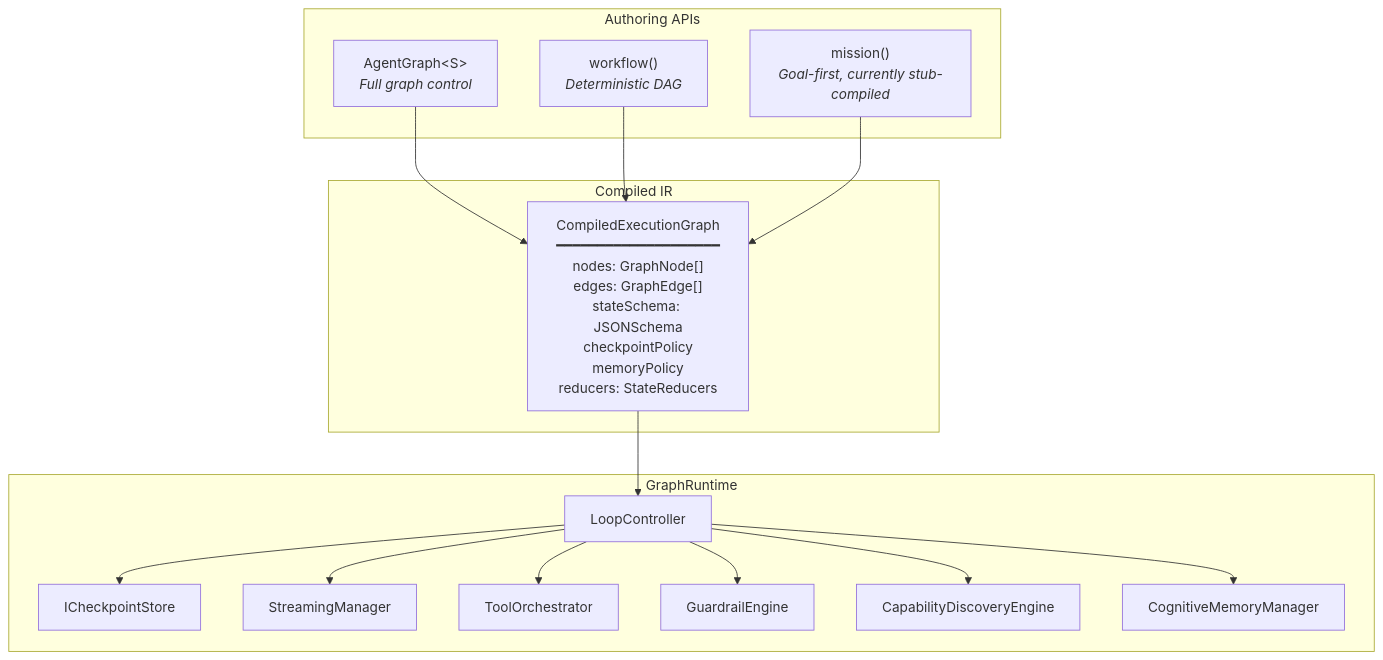
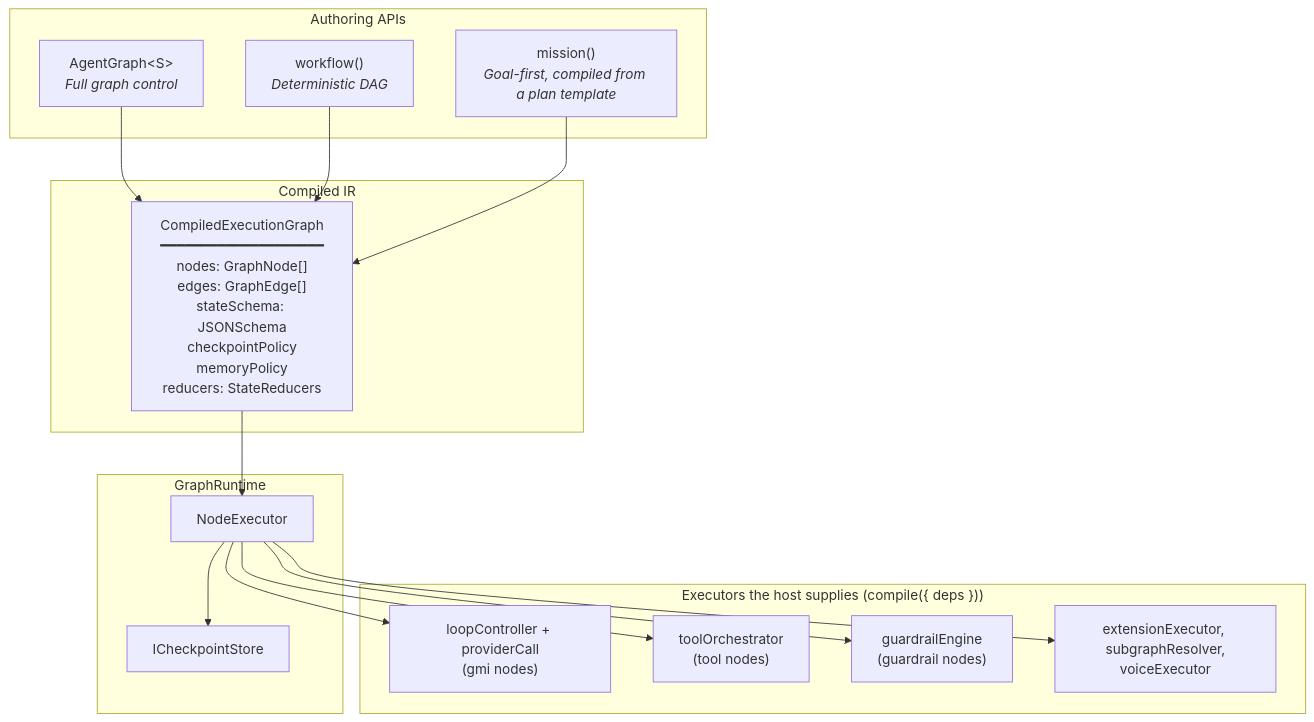
One commit to framerslab/agentos changed the diagram in docs/orchestration/UNIFIED_ORCHESTRATION.md. Above: the diagram before and after it, drawn with Mermaid. The commit also changed other lines of this file and 2 other files, not shown here.

Commit message:
docs: correct character consistency, provenance immutability and unified orchestration against the code
CHARACTER_CONSISTENCY.md: animated emotes use no reference image, the
additional_angles stage never runs, faceEmbedding is read by no provider
(the avatar pipeline computes its own anchor), and the Flux 2, Kontext and
Pulid mappings are listed. PROVENANCE_IMMUTABILITY.md loses the sections
about another repository's backend and lists all four profiles.
UNIFIED_ORCHESTRATION.md: GraphRuntime runs nodes through executors the
host supplies, a graph compiled without them runs gmi nodes as placeholders,
the AgentGraph example uses the input/scratch/artifacts schema the
constructor takes, and mission() is described by its plan templates.

````diff
--- a/docs/orchestration/UNIFIED_ORCHESTRATION.md
+++ b/docs/orchestration/UNIFIED_ORCHESTRATION.md
@@ -9,33 +9,34 @@
 ```mermaid
 graph TD
     subgraph Authoring["Authoring APIs"]
         AG["AgentGraph&lt;S&gt;<br/><em>Full graph control</em>"]
         WF["workflow()<br/><em>Deterministic DAG</em>"]
-        MS["mission()<br/><em>Goal-first, currently stub-compiled</em>"]
+        MS["mission()<br/><em>Goal-first, compiled from a plan template</em>"]
     end
 
     subgraph IR["Compiled IR"]
         CEG["CompiledExecutionGraph<br/>━━━━━━━━━━━━━━━━━━━━<br/>nodes: GraphNode[]<br/>edges: GraphEdge[]<br/>stateSchema: JSONSchema<br/>checkpointPolicy<br/>memoryPolicy<br/>reducers: StateReducers"]
     end
 
     subgraph Runtime["GraphRuntime"]
-        LC["LoopController"]
         CP["ICheckpointStore"]
-        SM["StreamingManager"]
-        TO["ToolOrchestrator"]
-        GE["GuardrailEngine"]
-        CD["CapabilityDiscoveryEngine"]
-        CM["CognitiveMemoryManager"]
+        NE["NodeExecutor"]
+    end
+
+    subgraph Deps["Executors the host supplies (compile({ deps }))"]
+        LC["loopController + providerCall<br/>(gmi nodes)"]
+        TO["toolOrchestrator<br/>(tool nodes)"]
+        GE["guardrailEngine<br/>(guardrail nodes)"]
+        EX["extensionExecutor, subgraphResolver,<br/>voiceExecutor"]
     end
 
     AG --> CEG
     WF --> CEG
     MS --> CEG
-    CEG --> LC
-    LC --> CP
-    LC --> SM
-    LC --> TO
-    LC --> GE
-    LC --> CD
-    LC --> CM
+    CEG --> NE
+    NE --> CP
+    NE --> LC
+    NE --> TO
+    NE --> GE
+    NE --> EX
 ```
````
